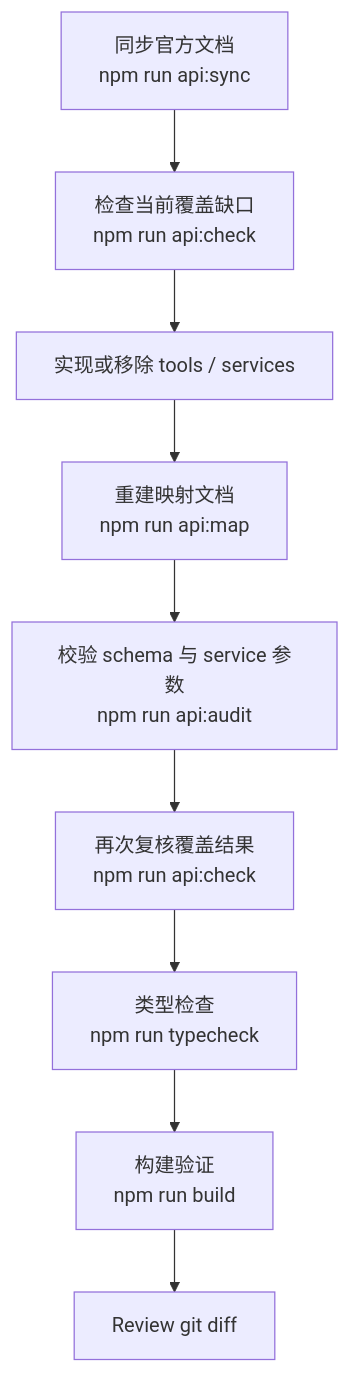
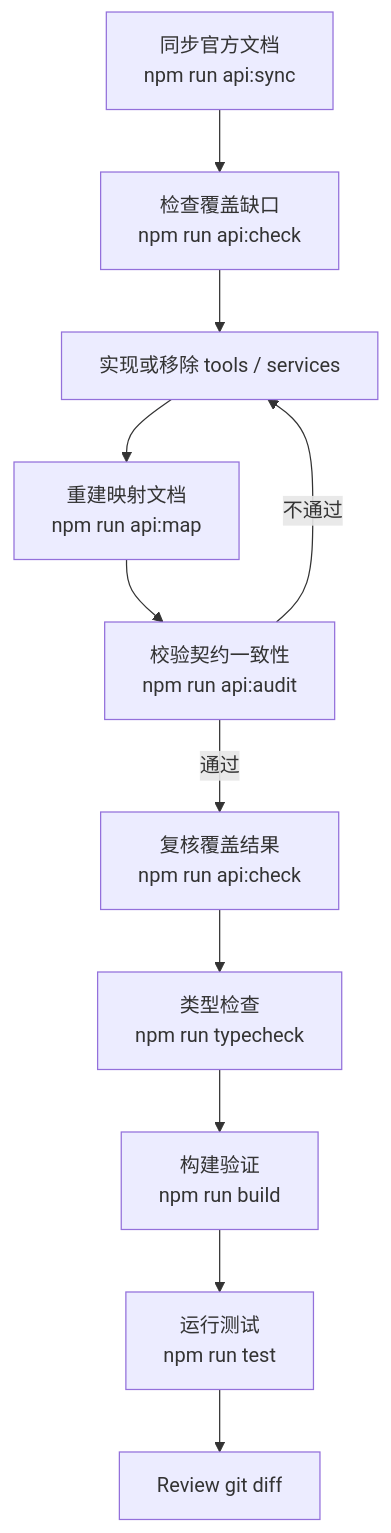
The diagram in README.md (kylezhang/AtomGit-MCP-Server), drawn with Mermaid before and after one commit. The commit also changed other lines of this file, not shown here.

First line of the commit message:
docs(readme): 结构优化 — AtomCode 优先、mermaid 修复、环境变量收拢 (#34)

````diff
--- a/README.md
+++ b/README.md
@@ -267,11 +200,13 @@
 ```mermaid
 flowchart TD
-    A["同步官方文档<br/>npm run api:sync"] --> B["检查当前覆盖缺口<br/>npm run api:check"]
+    A["同步官方文档<br/>npm run api:sync"] --> B["检查覆盖缺口<br/>npm run api:check"]
     B --> C["实现或移除 tools / services"]
     C --> D["重建映射文档<br/>npm run api:map"]
-    D --> E["校验 schema 与 service 参数<br/>npm run api:audit"]
-    E --> F["再次复核覆盖结果<br/>npm run api:check"]
+    D --> E["校验契约一致性<br/>npm run api:audit"]
+    E -->|通过| F["复核覆盖结果<br/>npm run api:check"]
+    E -->|不通过| C
     F --> G["类型检查<br/>npm run typecheck"]
     G --> H["构建验证<br/>npm run build"]
-    H --> I["Review git diff"]
+    H --> I["运行测试<br/>npm run test"]
+    I --> J["Review git diff"]
 ```
````
